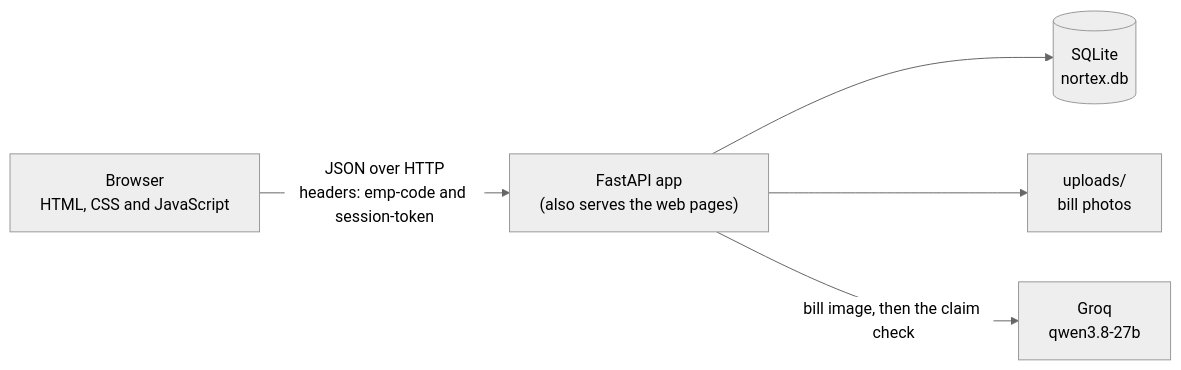
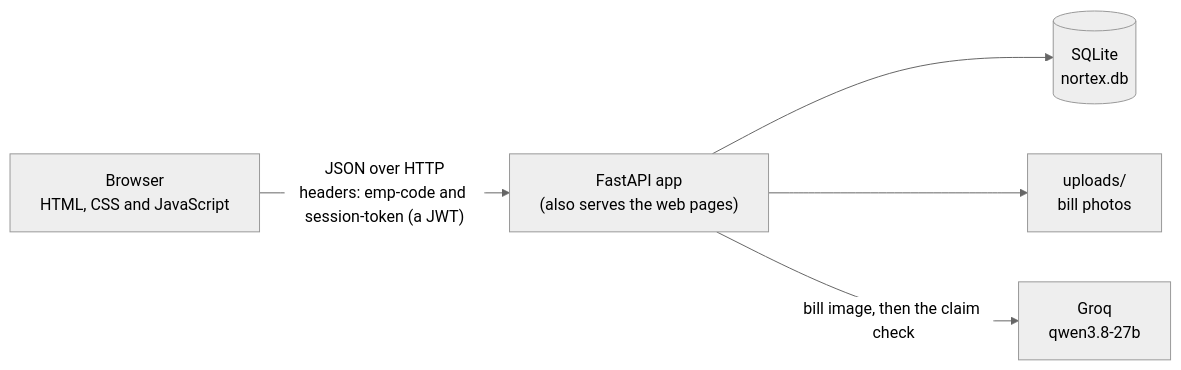
One commit to Bharathsimhareddy18/Nortex-Industries-reimbursement-portal changed the second of 2 diagrams in README.md. Above: the diagram before and after it, drawn with Mermaid (neutral theme). The commit also changed other lines of this file and 16 other files, not shown here.

````diff
--- a/README.md
+++ b/README.md
@@ -71,7 +71,7 @@
 ```mermaid
 flowchart LR
-    U["Browser<br/>HTML, CSS and JavaScript"] -->|"JSON over HTTP<br/>headers: emp-code and session-token"| API["FastAPI app<br/>(also serves the web pages)"]
+    U["Browser<br/>HTML, CSS and JavaScript"] -->|"JSON over HTTP<br/>headers: emp-code and session-token (a JWT)"| API["FastAPI app<br/>(also serves the web pages)"]
     API --> DB[("SQLite<br/>nortex.db")]
     API --> FS["uploads/<br/>bill photos"]
     API -->|"bill image, then the claim check"| AI["Groq<br/>qwen3.8-27b"]
 ```
````
